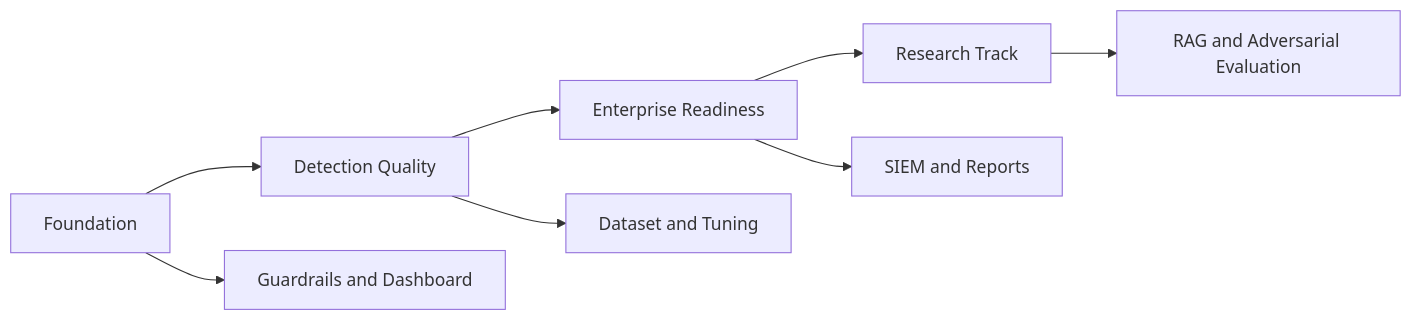
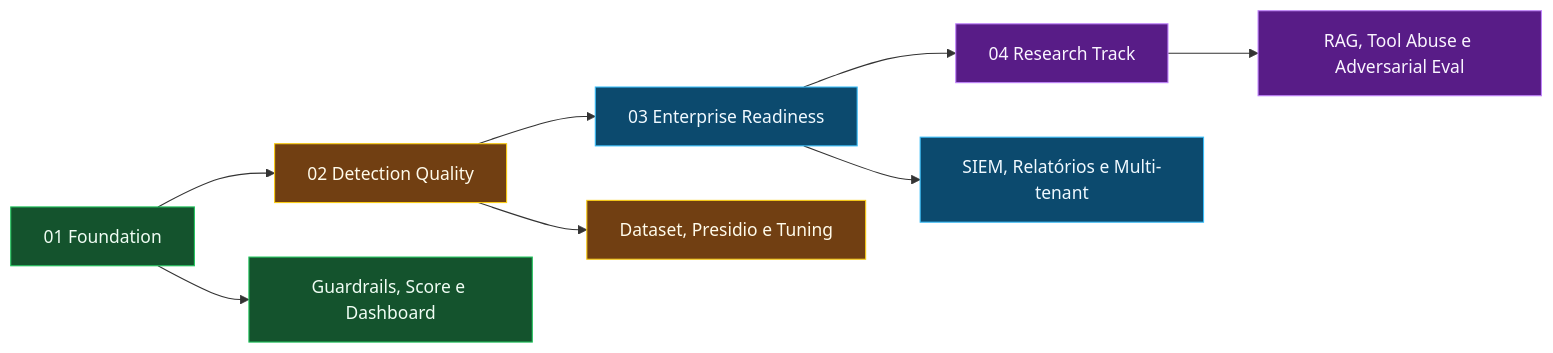
The sixth of 6 diagrams in README.md (D3Z33/llm-trust-safety-framework), drawn with Mermaid before and after one commit. The commit also changed other lines of this file, not shown here.

````diff
--- a/README.md
+++ b/README.md
@@ -453,10 +721,20 @@
 ```mermaid
 flowchart LR
-  F1["Foundation"] --> F2["Detection Quality"]
-  F2 --> F3["Enterprise Readiness"]
-  F3 --> F4["Research Track"]
-  F1 --> A["Guardrails and Dashboard"]
-  F2 --> B["Dataset and Tuning"]
-  F3 --> C["SIEM and Reports"]
-  F4 --> D["RAG and Adversarial Evaluation"]
+  F1["01 Foundation"] --> F2["02 Detection Quality"]
+  F2 --> F3["03 Enterprise Readiness"]
+  F3 --> F4["04 Research Track"]
+
+  F1 --> X1["Guardrails, Score e Dashboard"]
+  F2 --> X2["Dataset, Presidio e Tuning"]
+  F3 --> X3["SIEM, Relatórios e Multi-tenant"]
+  F4 --> X4["RAG, Tool Abuse e Adversarial Eval"]
+
+  classDef done fill:#14532d,stroke:#22c55e,color:#f0fdf4;
+  classDef next fill:#713f12,stroke:#facc15,color:#fffbeb;
+  classDef plan fill:#0c4a6e,stroke:#38bdf8,color:#f0f9ff;
+  classDef research fill:#581c87,stroke:#c084fc,color:#faf5ff;
+  class F1,X1 done;
+  class F2,X2 next;
+  class F3,X3 plan;
+  class F4,X4 research;
 ```
````
